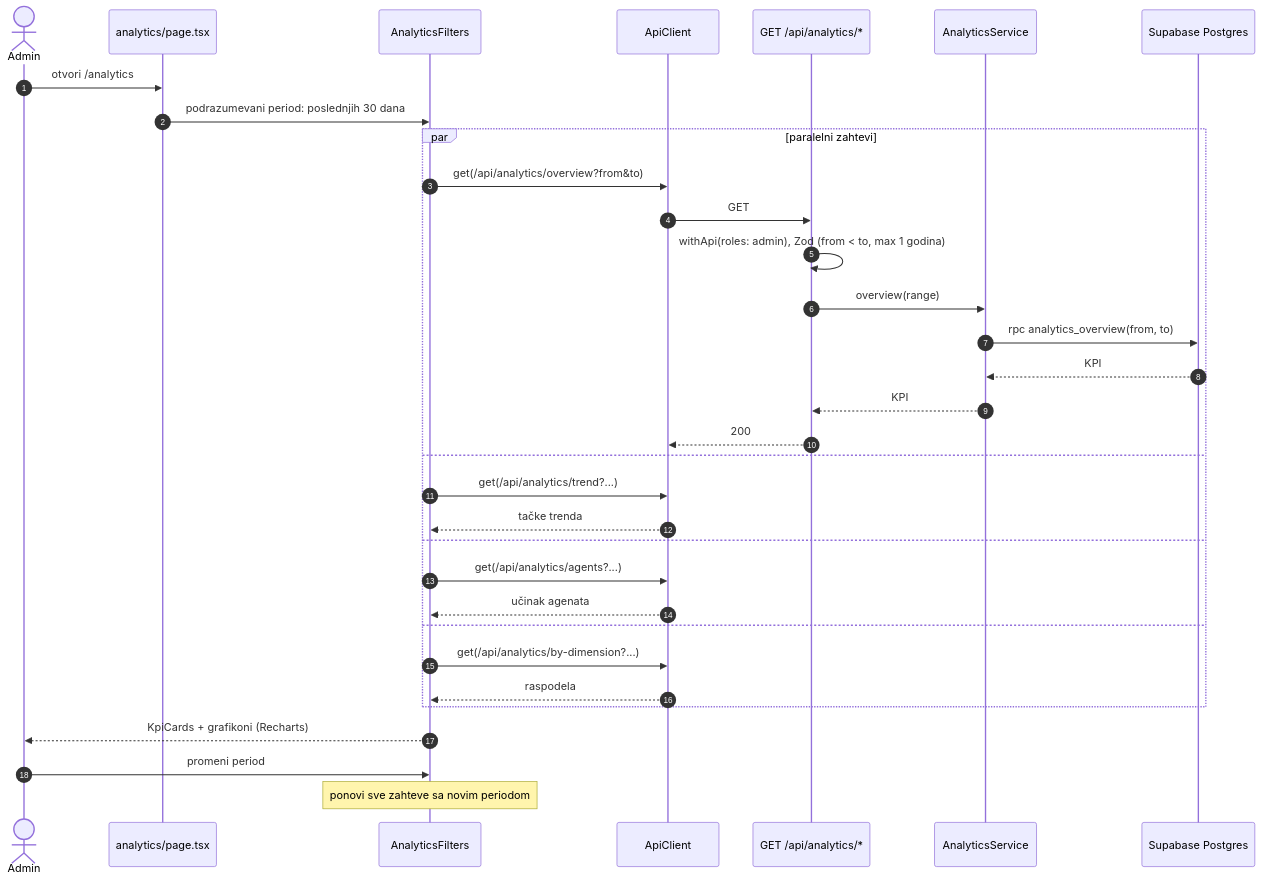
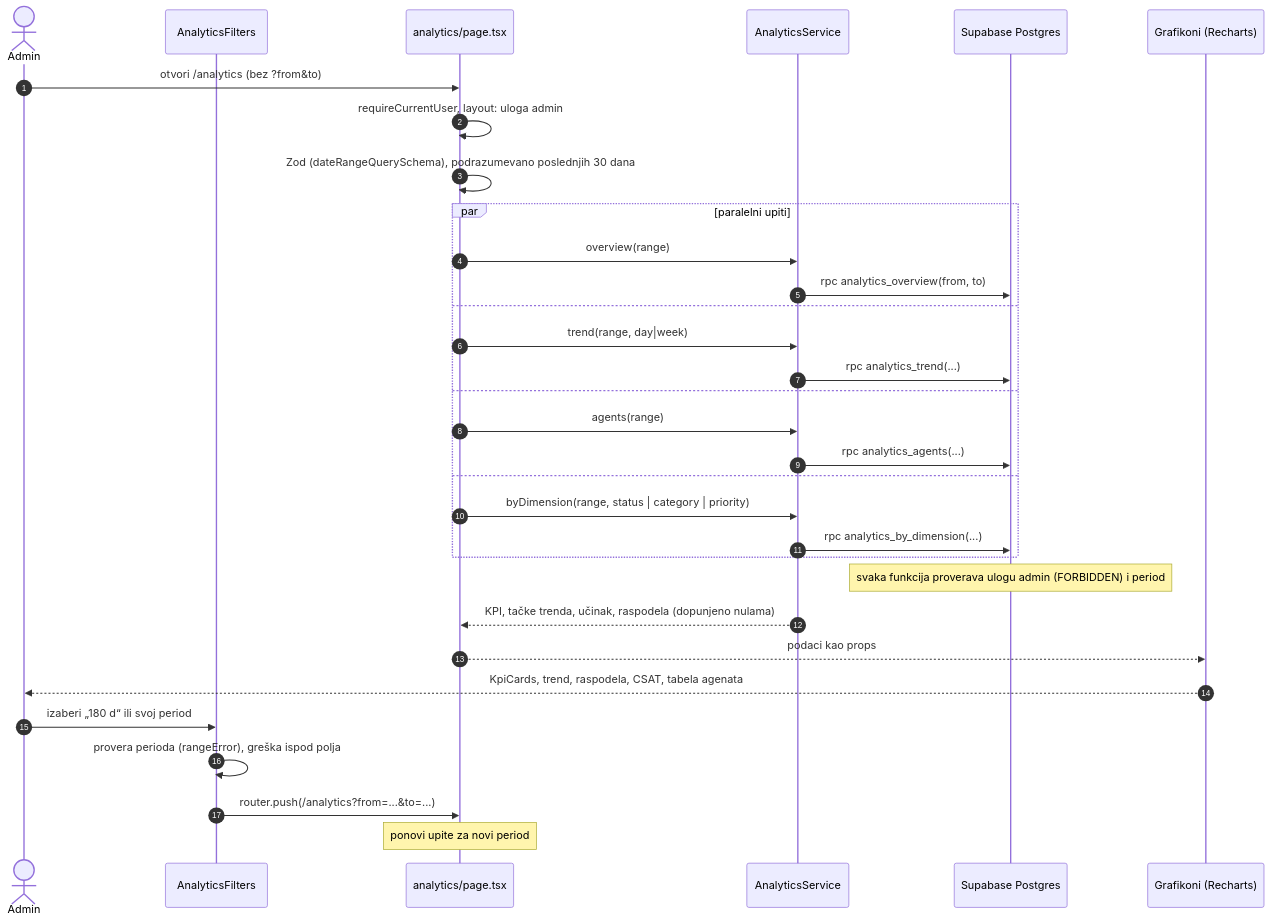
The tenth of 13 diagrams in docs/05-dijagrami-sekvenci.md (milutinpetrovic/diplomski-helpdesk), drawn with Mermaid before and after one commit. The commit also changed other lines of this file and 41 other files, not shown here.

````diff
--- a/docs/05-dijagrami-sekvenci.md
+++ b/docs/05-dijagrami-sekvenci.md
@@ -349,36 +351,35 @@
 ```mermaid
 sequenceDiagram
     autonumber
     actor AD as Admin
+    participant AF as AnalyticsFilters
     participant AP as analytics/page.tsx
-    participant AF as AnalyticsFilters
-    participant AC as ApiClient
-    participant R as GET /api/analytics/*
     participant AS as AnalyticsService
     participant DB as Supabase Postgres
+    participant CH as Grafikoni (Recharts)
 
-    AD->>AP: otvori /analytics
-    AP->>AF: podrazumevani period: poslednjih 30 dana
-    par paralelni zahtevi
-        AF->>AC: get(/api/analytics/overview?from&to)
-        AC->>R: GET
-        R->>R: withApi(roles: admin), Zod (from < to, max 1 godina)
-        R->>AS: overview(range)
+    AD->>AP: otvori /analytics (bez ?from&to)
+    AP->>AP: requireCurrentUser, layout: uloga admin
+    AP->>AP: Zod (dateRangeQuerySchema), podrazumevano poslednjih 30 dana
+    par paralelni upiti
+        AP->>AS: overview(range)
         AS->>DB: rpc analytics_overview(from, to)
-        DB-->>AS: KPI
-        AS-->>R: KPI
-        R-->>AC: 200
     and
-        AF->>AC: get(/api/analytics/trend?...)
-        AC-->>AF: tačke trenda
+        AP->>AS: trend(range, day|week)
+        AS->>DB: rpc analytics_trend(...)
     and
-        AF->>AC: get(/api/analytics/agents?...)
-        AC-->>AF: učinak agenata
+        AP->>AS: agents(range)
+        AS->>DB: rpc analytics_agents(...)
     and
-        AF->>AC: get(/api/analytics/by-dimension?...)
-        AC-->>AF: raspodela
+        AP->>AS: byDimension(range, status | category | priority)
+        AS->>DB: rpc analytics_by_dimension(...)
     end
-    AF-->>AD: KpiCards + grafikoni (Recharts)
-    AD->>AF: promeni period
-    Note over AF: ponovi sve zahteve sa novim periodom
+    Note over DB: svaka funkcija proverava ulogu admin (FORBIDDEN) i period
+    AS-->>AP: KPI, tačke trenda, učinak, raspodela (dopunjeno nulama)
+    AP-->>CH: podaci kao props
+    CH-->>AD: KpiCards, trend, raspodela, CSAT, tabela agenata
+    AD->>AF: izaberi „180 d“ ili svoj period
+    AF->>AF: provera perioda (rangeError), greška ispod polja
+    AF->>AP: router.push(/analytics?from=...&to=...)
+    Note over AP: ponovi upite za novi period
 ```
````
